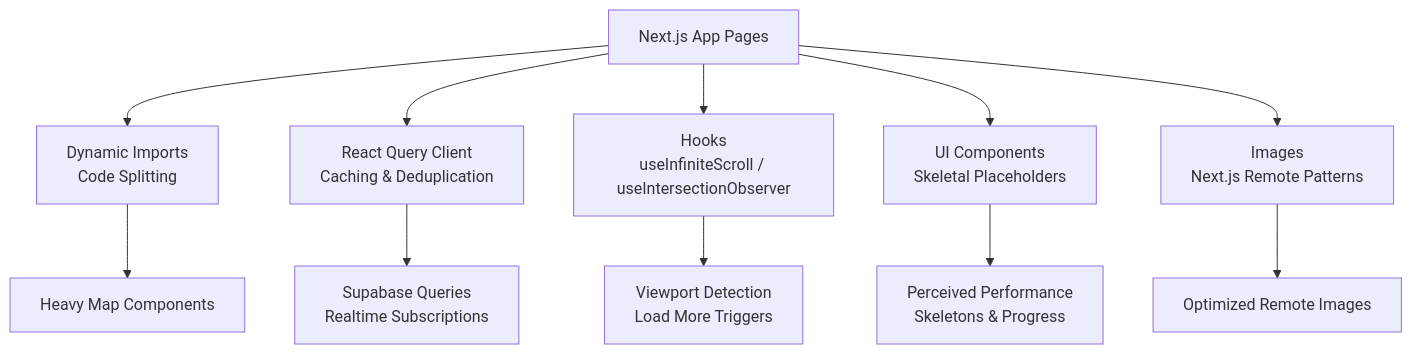
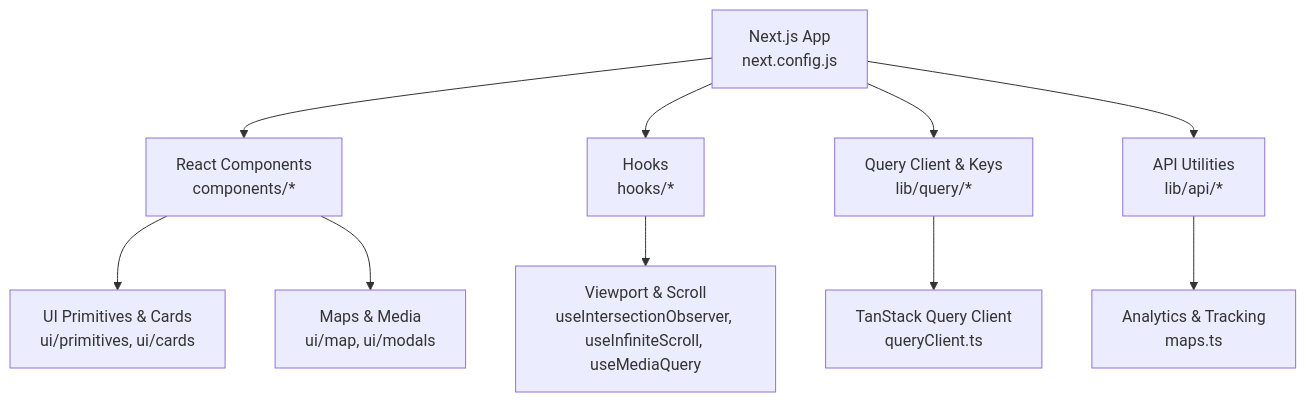
The first of 7 diagrams in .qoder/repowiki/en/content/Performance Optimization.md (Meaetin/alibaba-hackathon), drawn with Mermaid before and after one commit. The commit also changed other lines of this file and 241 other files, not shown here.

````diff
--- a/.qoder/repowiki/en/content/Performance Optimization.md
+++ b/.qoder/repowiki/en/content/Performance Optimization.md
@@ -49,13 +39,12 @@
 ```mermaid
 graph TB
-A["Next.js App Pages"] --> B["Dynamic Imports<br/>Code Splitting"]
-A --> C["React Query Client<br/>Caching & Deduplication"]
-A --> D["Hooks<br/>useInfiniteScroll / useIntersectionObserver"]
-A --> E["UI Components<br/>Skeletal Placeholders"]
-A --> F["Images<br/>Next.js Remote Patterns"]
-B --> G["Heavy Map Components"]
-C --> H["Supabase Queries<br/>Realtime Subscriptions"]
-D --> I["Viewport Detection<br/>Load More Triggers"]
-E --> J["Perceived Performance<br/>Skeletons & Progress"]
-F --> K["Optimized Remote Images"]
+A["Next.js App<br/>next.config.js"] --> B["React Components<br/>components/*"]
+A --> C["Hooks<br/>hooks/*"]
+A --> D["Query Client & Keys<br/>lib/query/*"]
+A --> E["API Utilities<br/>lib/api/*"]
+B --> F["UI Primitives & Cards<br/>ui/primitives, ui/cards"]
+B --> G["Maps & Media<br/>ui/map, ui/modals"]
+C --> H["Viewport & Scroll<br/>useIntersectionObserver, useInfiniteScroll, useMediaQuery"]
+D --> I["TanStack Query Client<br/>queryClient.ts"]
+E --> J["Analytics & Tracking<br/>maps.ts"]
 ```
````
